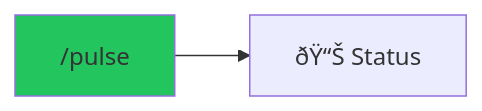
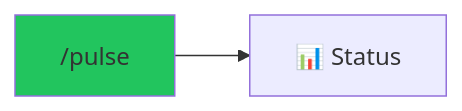
One commit to pikakit/agent-skills changed the diagram in .agent/workflows/pulse.md. Above: the diagram before and after it, drawn with Mermaid. The commit also changed other lines of this file and 201 other files, not shown here.

````diff
--- a/.agent/workflows/pulse.md
+++ b/.agent/workflows/pulse.md
@@ -168,5 +188,5 @@
 ```mermaid
 graph LR
-    A["/pulse"] --> B["ðŸ“Š Status"]
+    A["/pulse"] --> B["📊 Status"]
     style A fill:#22c55e
 ```
````
